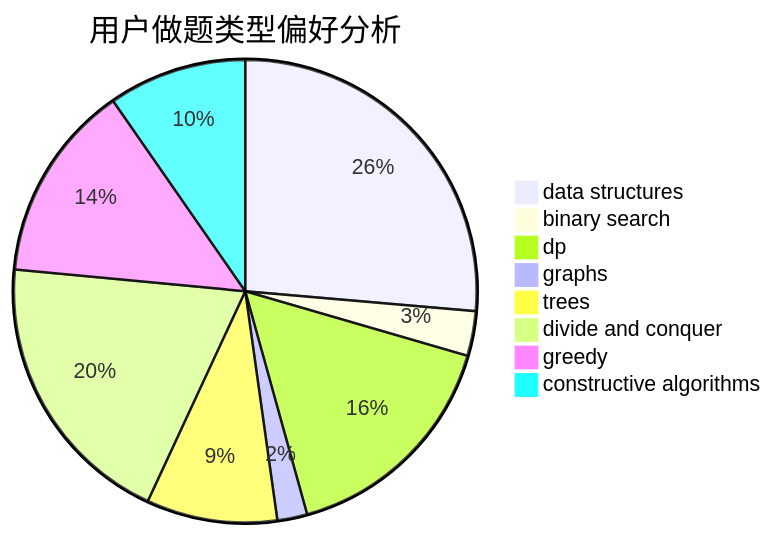
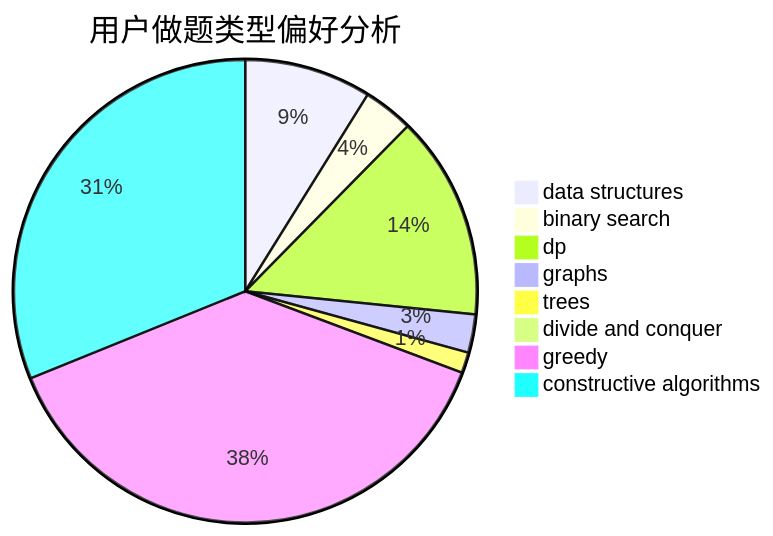
The second of 3 diagrams in docs/user/u2012.md (sherpahu/cfrs.github.io), drawn with Mermaid before and after one commit. The commit also changed other lines of this file and 2770 other files, not shown here.

````diff
--- a/docs/user/u2012.md
+++ b/docs/user/u2012.md
@@ -23,11 +23,11 @@
 ```mermaid
 pie title 用户做题类型偏好分析
-    "data structures" :  101
-    "binary search" :  12
-    "dp" :  62
-    "graphs" :  8
-    "trees" :  35
-    "divide and conquer" :  75
-    "greedy" :  53
-    "constructive algorithms" :  37
+    "data structures" :  43
+    "binary search" :  17
+    "dp" :  69
+    "graphs" :  13
+    "trees" :  7
+    "divide and conquer" :  0
+    "greedy" :  185
+    "constructive algorithms" :  151
 ```
````
